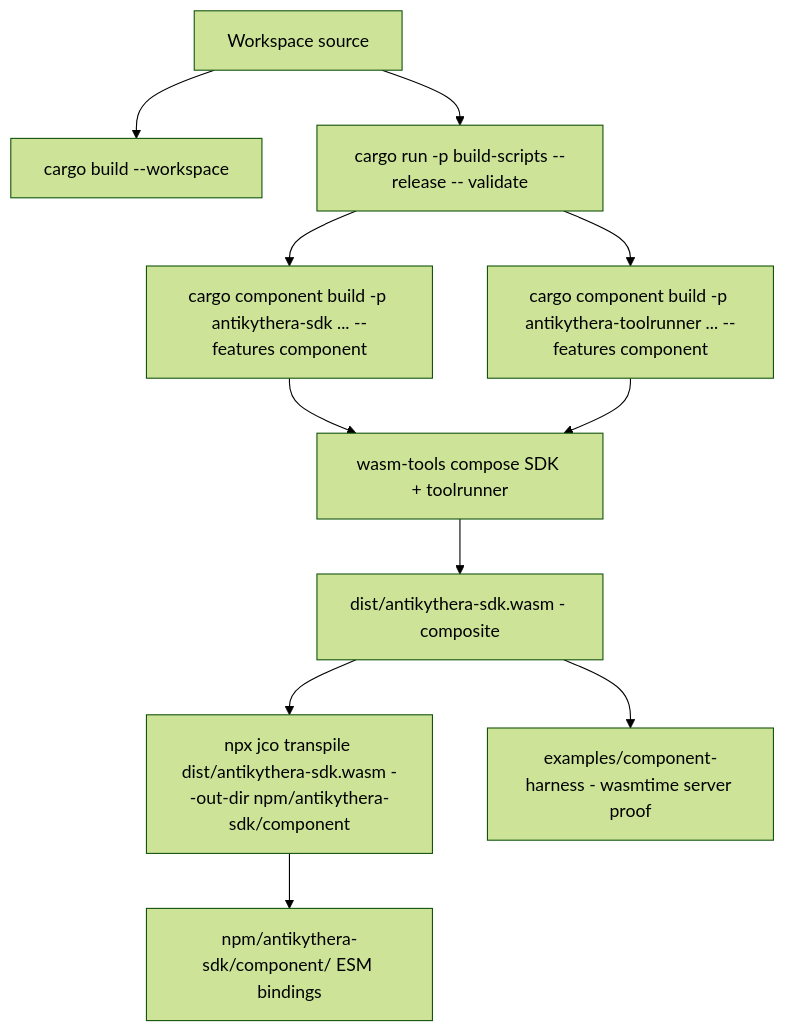
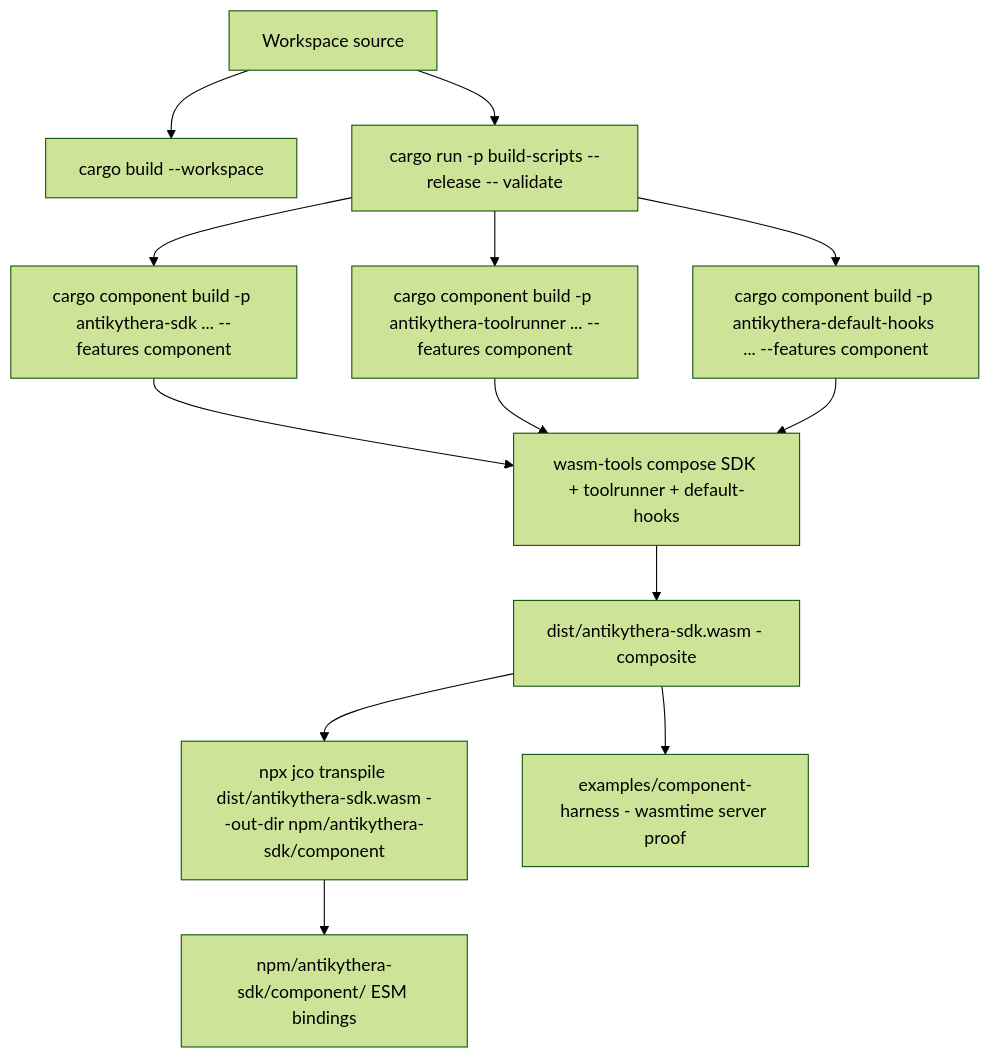
Before and after one commit to tsfarizi/antikythera-mcp-framework: the first of 3 diagrams in documentation/BUILD.md, drawn with Mermaid (forest theme). The commit also changed other lines of this file and 43 other files, not shown here.

First line of the commit message:
feat: add default no-op passthrough implementation for logic-hooks interface

````diff
--- a/documentation/BUILD.md
+++ b/documentation/BUILD.md
@@ -7,13 +7,15 @@
 ```mermaid
 flowchart TD
     SRC[Workspace source] --> CARGO[cargo build --workspace]
     SRC --> WIT[cargo run -p build-scripts --release -- validate]
     WIT --> SDK[cargo component build -p antikythera-sdk ... --features component]
     WIT --> TR[cargo component build -p antikythera-toolrunner ... --features component]
-    SDK --> COMPOSE[wasm-tools compose SDK + toolrunner]
+    WIT --> DH[cargo component build -p antikythera-default-hooks ... --features component]
+    SDK --> COMPOSE[wasm-tools compose SDK + toolrunner + default-hooks]
     TR --> COMPOSE
+    DH --> COMPOSE
     COMPOSE --> DIST[dist/antikythera-sdk.wasm - composite]
     DIST --> JCO[npx jco transpile dist/antikythera-sdk.wasm --out-dir npm/antikythera-sdk/component]
     JCO --> NPM[npm/antikythera-sdk/component/ ESM bindings]
     DIST --> HARNESS[examples/component-harness - wasmtime server proof]
 ```
````
